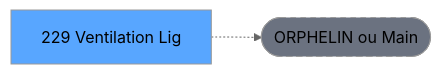
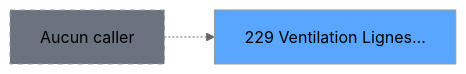
Before and after one commit to thonyAGP/magic-migration: the second of 3 diagrams in .openspec/specs/ADH-IDE-229.md, drawn with Mermaid (neutral theme). The commit also changed other lines of this file and 20 other files, not shown here.

````diff
--- a/.openspec/specs/ADH-IDE-229.md
+++ b/.openspec/specs/ADH-IDE-229.md
@@ -119,8 +348,8 @@
 ```mermaid
 graph LR
-    T[229 Ventilation Lig]
-    ORPHAN([ORPHELIN ou Main])
-    T -.-> ORPHAN
-    style T fill:#58a6ff,color:#000
-    style ORPHAN fill:#6b7280,stroke-dasharray: 5 5
+    T229[229 Ventilation Lignes...]
+    style T229 fill:#58a6ff
+    NONE[Aucun caller]
+    NONE -.-> T229
+    style NONE fill:#6b7280,stroke-dasharray: 5 5
 ```
````
